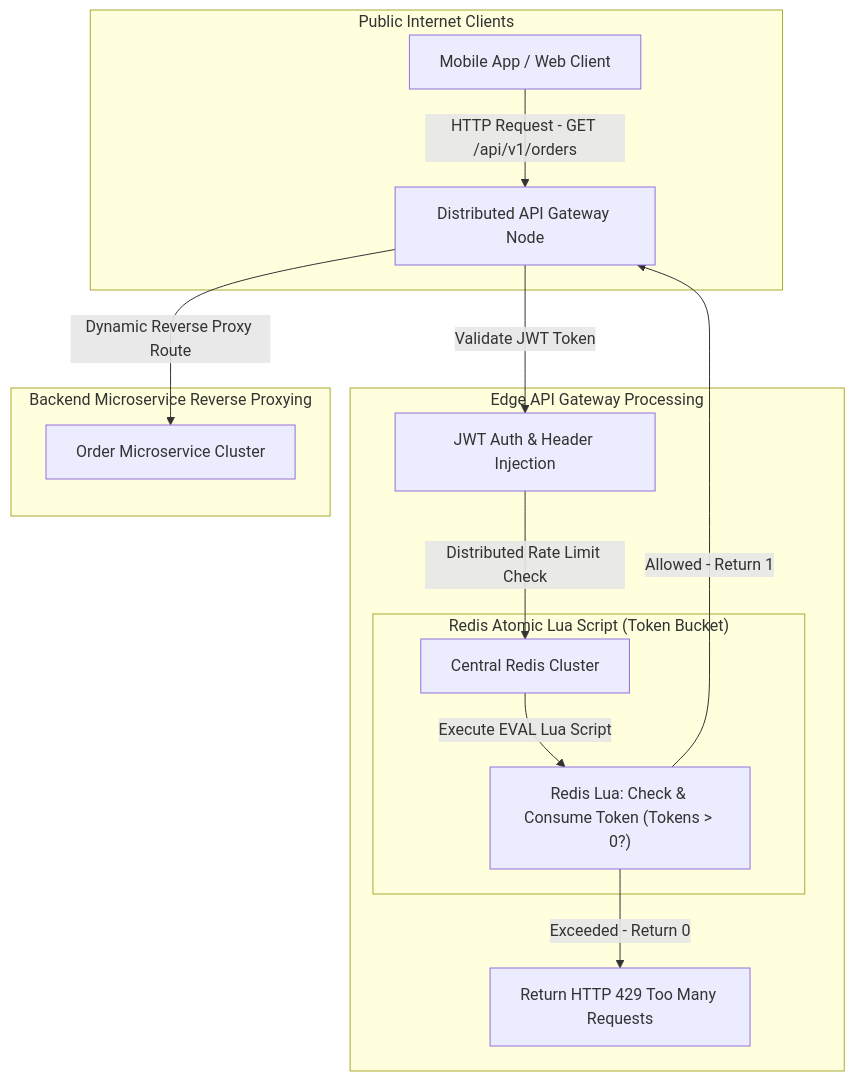
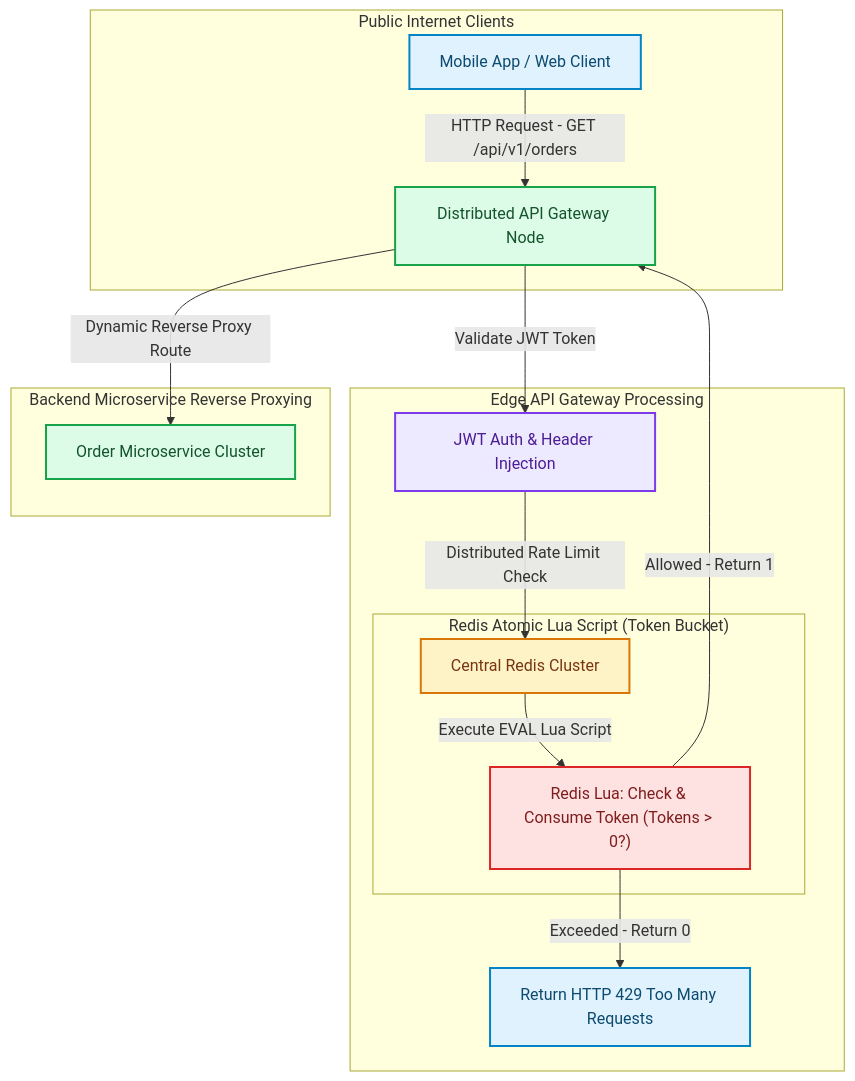
The diagram in blog/posts/distributed-api-gateway-rate-limiting-dynamic-proxy.md (akmalkhaniub/akmalkhaniub.github.io), drawn with Mermaid before and after one commit. The commit also changed other lines of this file and 1291 other files, not shown here.

First line of the commit message:
feat(catalog): unique covers, scholarly references, and diagram palettes

````diff
--- a/blog/posts/distributed-api-gateway-rate-limiting-dynamic-proxy.md
+++ b/blog/posts/distributed-api-gateway-rate-limiting-dynamic-proxy.md
@@ -19,22 +19,33 @@
 ```mermaid
 flowchart TD
   subgraph SG1_PublicInternetClients ["Public Internet Clients"]
-    ClientA[Mobile App / Web Client] -->|HTTP Request - GET /api/v1/orders| Gateway[Distributed API Gateway Node]
+    ClientA["Mobile App / Web Client"] -->|HTTP Request - GET /api/v1/orders| Gateway["Distributed API Gateway Node"]
   end
   
   subgraph SG2_EdgeApiGateway ["Edge API Gateway Processing"]
-    Gateway -->|Validate JWT Token| Auth[JWT Auth & Header Injection]
-    Auth -->|Distributed Rate Limit Check| Redis[Central Redis Cluster]
+    Gateway -->|Validate JWT Token| Auth["JWT Auth & Header Injection"]
+    Auth -->|Distributed Rate Limit Check| Redis["Central Redis Cluster"]
     
     subgraph SG3_RedisAtomicLua ["Redis Atomic Lua Script (Token Bucket)"]
       Redis -->|Execute EVAL Lua Script| Lua["Redis Lua: Check & Consume Token (Tokens > 0?)"]
     end
     
     Lua -->|Allowed - Return 1| Gateway
-    Lua -->|Exceeded - Return 0| RateLimitExceeded[ Return HTTP 429 Too Many Requests]
+    Lua -->|Exceeded - Return 0| RateLimitExceeded[" Return HTTP 429 Too Many Requests"]
   end
   
   subgraph SG4_BackendMicroserviceReverse ["Backend Microservice Reverse Proxying"]
-    Gateway -->|Dynamic Reverse Proxy Route| OrderService[Order Microservice Cluster]
+    Gateway -->|Dynamic Reverse Proxy Route| OrderService["Order Microservice Cluster"]
   end
+
+classDef green fill:#dcfce7,stroke:#16a34a,stroke-width:2px,color:#14532d;
+classDef red fill:#fee2e2,stroke:#dc2626,stroke-width:2px,color:#7f1d1d;
+classDef blue fill:#e0f2fe,stroke:#0284c7,stroke-width:2px,color:#0c4a6e;
+classDef yellow fill:#fef3c7,stroke:#d97706,stroke-width:2px,color:#78350f;
+classDef purple fill:#ede9fe,stroke:#7c3aed,stroke-width:2px,color:#4c1d95;
+class ClientA,RateLimitExceeded blue
+class Gateway,OrderService green
+class Auth purple
+class Redis yellow
+class Lua red
 ```
````
